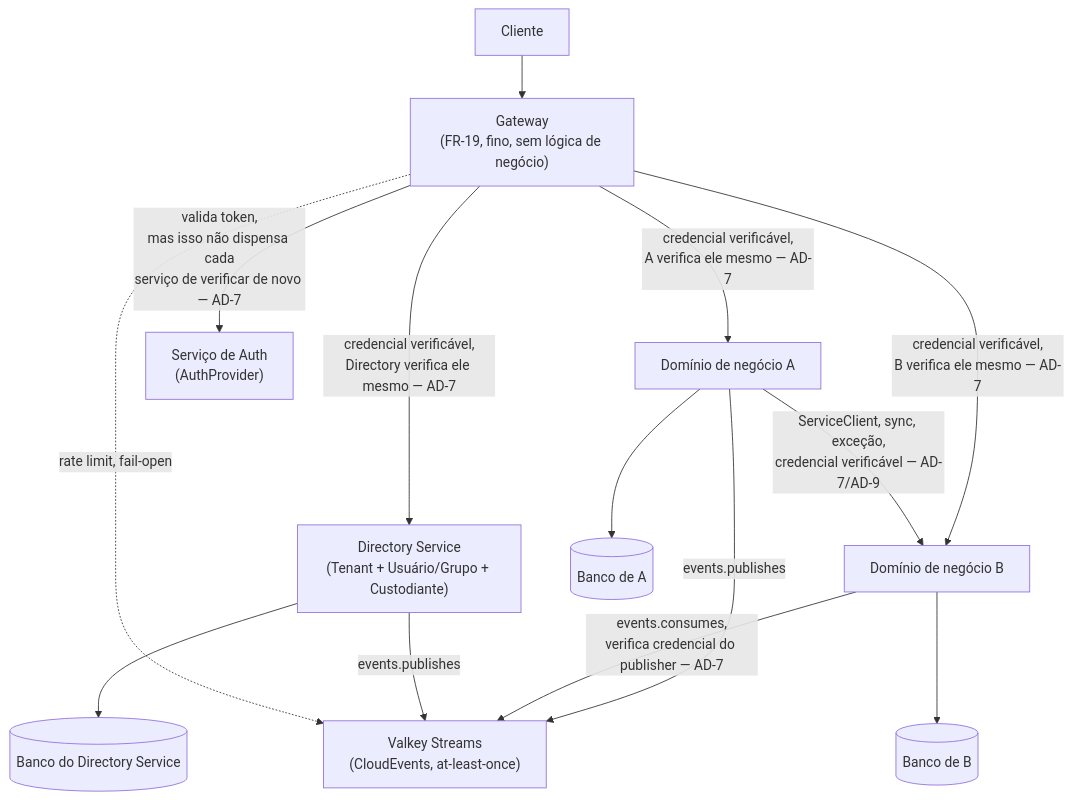
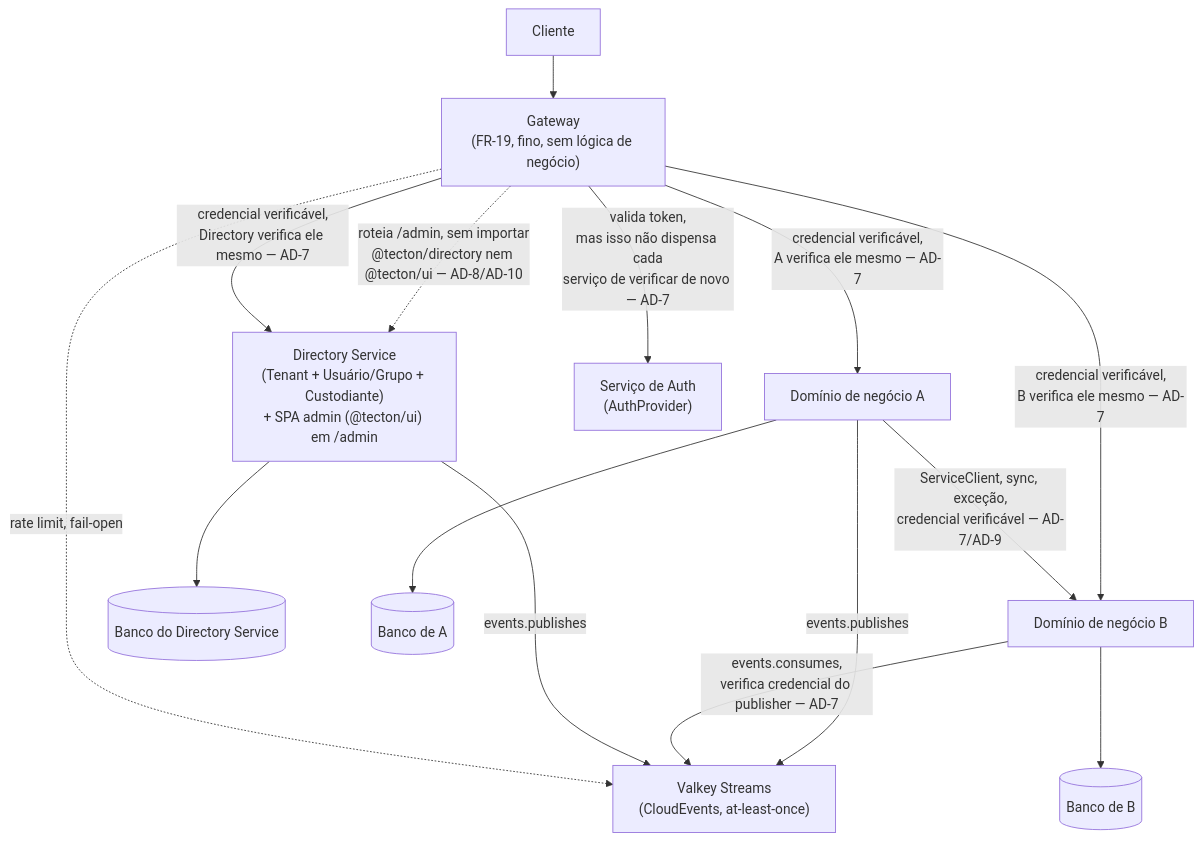
One commit to rvavretchek/tecton changed the third of 3 diagrams in _bmad-output/planning-artifacts/architecture/architecture-Tecton-2026-08-28/ARCHITECTURE-SPINE.md. Above: the diagram before and after it, drawn with Mermaid. The commit also changed other lines of this file and 10 other files, not shown here.

````diff
--- a/_bmad-output/planning-artifacts/architecture/architecture-Tecton-2026-08-28/ARCHITECTURE-SPINE.md
+++ b/_bmad-output/planning-artifacts/architecture/architecture-Tecton-2026-08-28/ARCHITECTURE-SPINE.md
@@ -165,16 +183,17 @@
 ```mermaid
 graph TB
     Client["Cliente"] --> Gateway["Gateway<br/>(FR-19, fino, sem lógica de negócio)"]
-    Gateway -->|credencial verificável,<br/>Directory verifica ele mesmo — AD-7| Directory["Directory Service<br/>(Tenant + Usuário/Grupo + Custodiante)"]
+    Gateway -.->|roteia /admin, sem importar<br/>@tecton/directory nem @tecton/ui — AD-8/AD-10| Directory
+    Gateway -->|credencial verificável,<br/>Directory verifica ele mesmo — AD-7| Directory["Directory Service<br/>(Tenant + Usuário/Grupo + Custodiante)<br/>+ SPA admin (@tecton/ui) em /admin"]
     Gateway -->|credencial verificável,<br/>A verifica ele mesmo — AD-7| DomainA["Domínio de negócio A"]
     Gateway -->|credencial verificável,<br/>B verifica ele mesmo — AD-7| DomainB["Domínio de negócio B"]
     DomainA -->|ServiceClient, sync, exceção,<br/>credencial verificável — AD-7/AD-9| DomainB
     DomainA -->|events.publishes| Valkey["Valkey Streams<br/>(CloudEvents, at-least-once)"]
     DomainB -->|events.consumes,<br/>verifica credencial do publisher — AD-7| Valkey
     Directory -->|events.publishes| Valkey
     Directory --> DirDB[("Banco do Directory Service")]
     DomainA --> DBA[("Banco de A")]
     DomainB --> DBB[("Banco de B")]
     Gateway -.->|rate limit, fail-open| Valkey
     Gateway -->|valida token,<br/>mas isso não dispensa cada<br/>serviço de verificar de novo — AD-7| AuthSvc["Serviço de Auth<br/>(AuthProvider)"]
 ```
````
